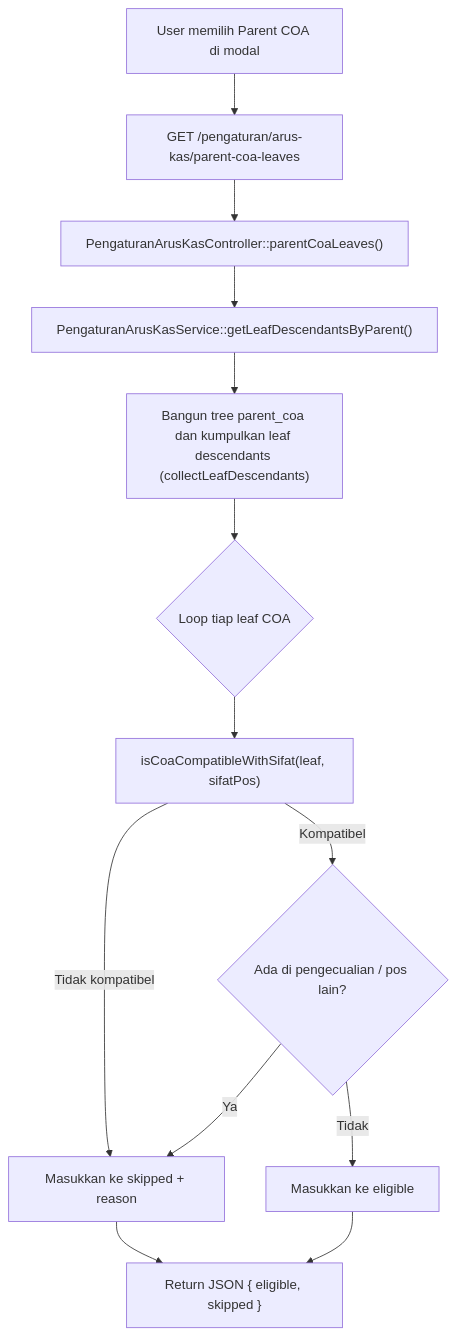
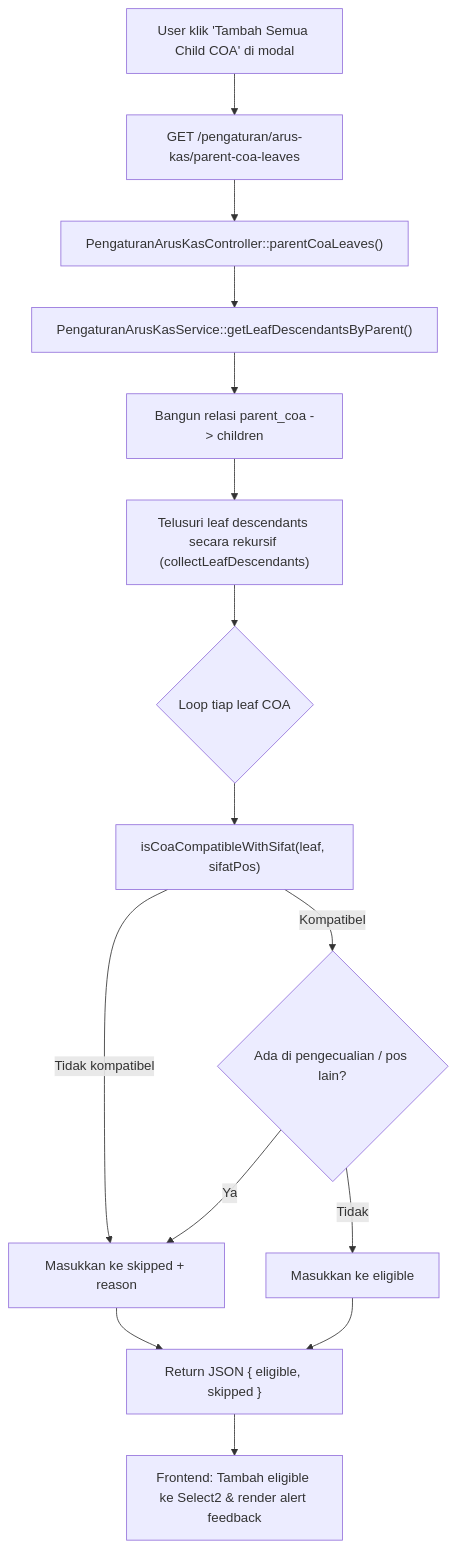
The second of 6 diagrams in dokumentasi/pengaturan-arus-kas.md (AltamaSidoarjo/laravel-siakurat-pt-smt), drawn with Mermaid before and after one commit. The commit also changed other lines of this file and 1 other file, not shown here.

Commit message:
docs(arus-kas): update documentation for pengaturan arus kas and referensi kelompok arus kas

````diff
--- a/dokumentasi/pengaturan-arus-kas.md
+++ b/dokumentasi/pengaturan-arus-kas.md
@@ -112,15 +149,17 @@
 ```mermaid
 flowchart TD
-    A["User memilih Parent COA di modal"] --> B["GET /pengaturan/arus-kas/parent-coa-leaves"]
+    A["User klik 'Tambah Semua Child COA' di modal"] --> B["GET /pengaturan/arus-kas/parent-coa-leaves"]
     B --> C["PengaturanArusKasController::parentCoaLeaves()"]
     C --> D["PengaturanArusKasService::getLeafDescendantsByParent()"]
-    D --> E["Bangun tree parent_coa dan kumpulkan leaf descendants (collectLeafDescendants)"]
-    E --> F{"Loop tiap leaf COA"}
-    F --> G["isCoaCompatibleWithSifat(leaf, sifatPos)"]
-    G -- Tidak kompatibel --> H["Masukkan ke skipped + reason"]
-    G -- Kompatibel --> I{"Ada di pengecualian / pos lain?"}
-    I -- Ya --> H
-    I -- Tidak --> J["Masukkan ke eligible"]
-    H --> K["Return JSON { eligible, skipped }"]
-    J --> K
+    D --> E["Bangun relasi parent_coa -> children"]
+    E --> F["Telusuri leaf descendants secara rekursif (collectLeafDescendants)"]
+    F --> G{"Loop tiap leaf COA"}
+    G --> H["isCoaCompatibleWithSifat(leaf, sifatPos)"]
+    H -- Tidak kompatibel --> I["Masukkan ke skipped + reason"]
+    H -- Kompatibel --> J{"Ada di pengecualian / pos lain?"}
+    J -- Ya --> I
+    J -- Tidak --> K["Masukkan ke eligible"]
+    I --> L["Return JSON { eligible, skipped }"]
+    K --> L
+    L --> M["Frontend: Tambah eligible ke Select2 & render alert feedback"]
 ```
````
